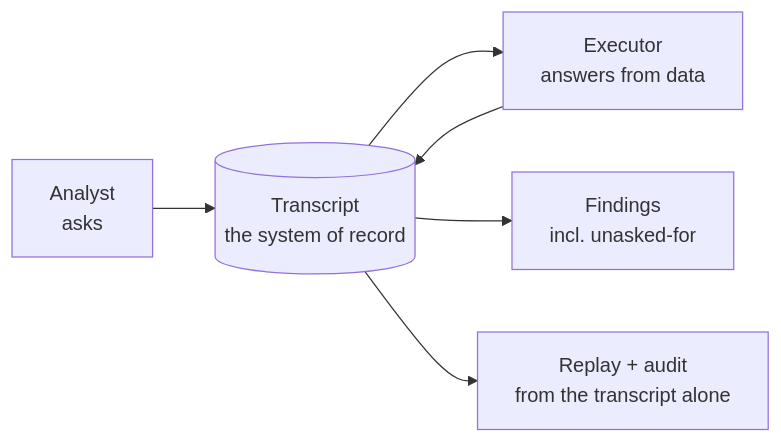
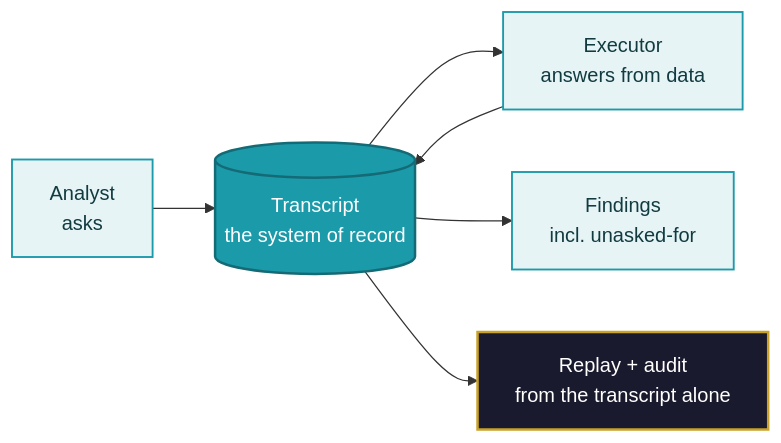
The second of 3 diagrams in diagrams/CONCEPT-DIAGRAMS.md (GAI-Engineering/poc-learning-lab), drawn with Mermaid before and after one commit. The commit also changed other lines of this file, not shown here.

Commit message:
Concept diagrams polished: professional palette (navy/gold/teal, rose for the flagged path), styled nodes, headline ideas in strong teal

````diff
--- a/diagrams/CONCEPT-DIAGRAMS.md
+++ b/diagrams/CONCEPT-DIAGRAMS.md
@@ -27,8 +34,11 @@
 ```mermaid
 flowchart LR
-    A[Analyst<br/>asks] --> T[(Transcript<br/>the system of record)]
-    T --> E[Executor<br/>answers from data]
+    A["Analyst<br/>asks"]:::proc --> T[("Transcript<br/>the system of record")]:::metric
+    T --> E["Executor<br/>answers from data"]:::proc
     E --> T
-    T --> F[Findings<br/>incl. unasked-for]
-    T --> R[Replay + audit<br/>from the transcript alone]
+    T --> F["Findings<br/>incl. unasked-for"]:::proc
+    T --> R["Replay + audit<br/>from the transcript alone"]:::io
+    classDef io fill:#1A1A2E,stroke:#C9A227,stroke-width:2px,color:#FFFFFF;
+    classDef proc fill:#E6F4F6,stroke:#1B9AAA,stroke-width:1.5px,color:#123B40;
+    classDef metric fill:#1B9AAA,stroke:#146B76,stroke-width:2px,color:#FFFFFF;
 ```
````
